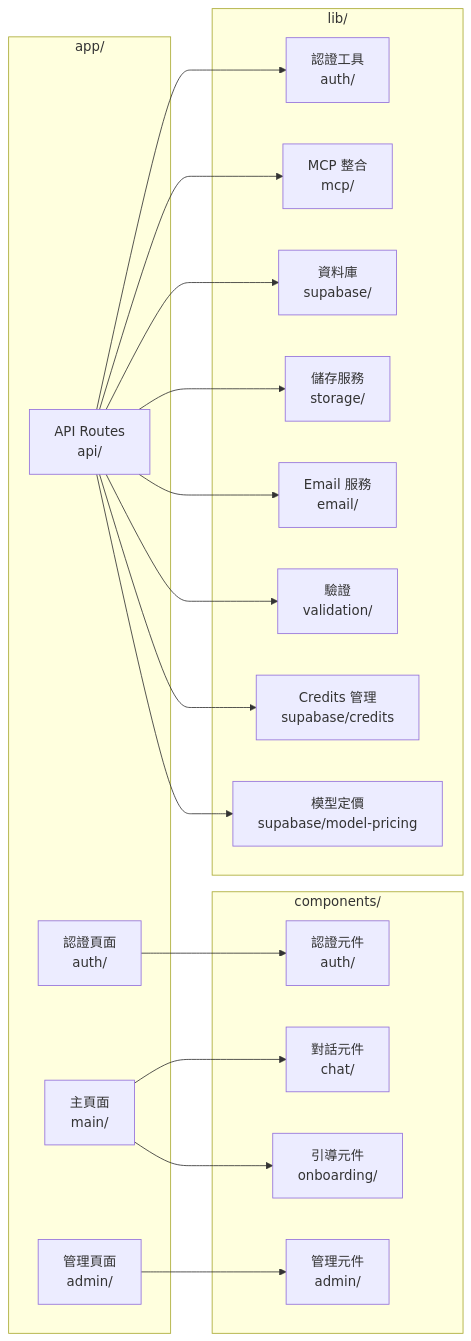
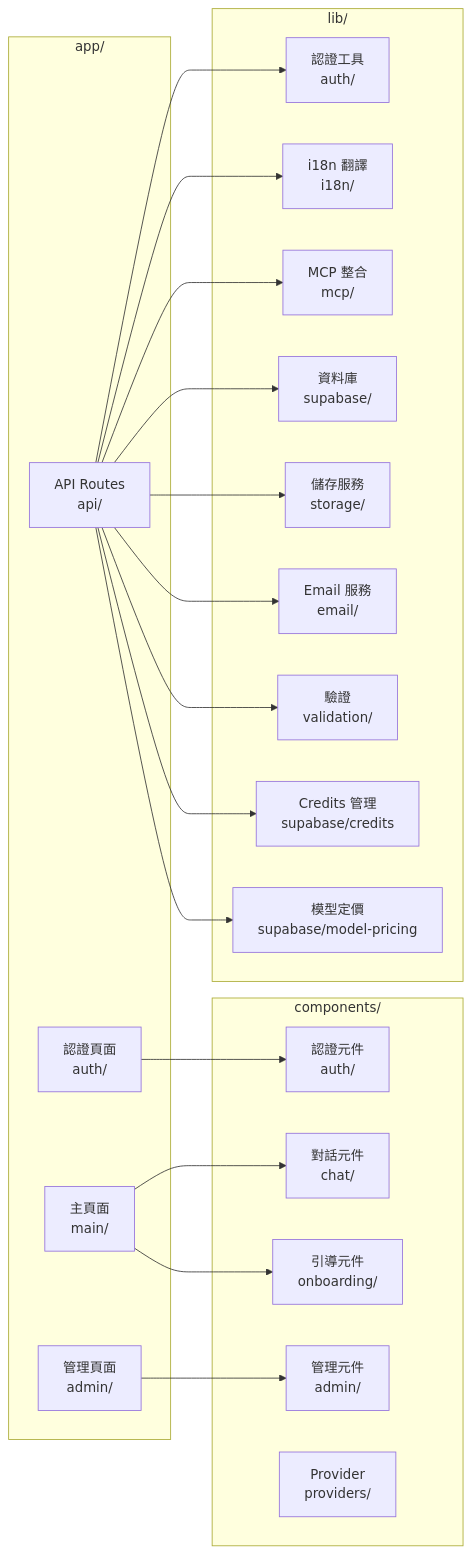
The second of 9 diagrams in Reference documents/ARCHITECTURE.md (qwerboy-design/Health-Care-Assistant), drawn with Mermaid before and after one commit. The commit also changed other lines of this file and 25 other files, not shown here.

````diff
--- a/Reference documents/ARCHITECTURE.md
+++ b/Reference documents/ARCHITECTURE.md
@@ -151,41 +152,44 @@
 ```mermaid
 graph LR
     subgraph "app/"
         A1[認證頁面<br/>auth/]
         A2[主頁面<br/>main/]
         A3[管理頁面<br/>admin/]
         A4[API Routes<br/>api/]
     end
     
     subgraph "components/"
         C1[認證元件<br/>auth/]
         C2[對話元件<br/>chat/]
         C3[引導元件<br/>onboarding/]
         C4[管理元件<br/>admin/]
+        C5[Provider<br/>providers/]
     end
     
     subgraph "lib/"
         L1[認證工具<br/>auth/]
-        L2[MCP 整合<br/>mcp/]
-        L3[資料庫<br/>supabase/]
-        L4[儲存服務<br/>storage/]
-        L5[Email 服務<br/>email/]
-        L6[驗證<br/>validation/]
-        L7[Credits 管理<br/>supabase/credits]
-        L8[模型定價<br/>supabase/model-pricing]
+        L2[i18n 翻譯<br/>i18n/]
+        L3[MCP 整合<br/>mcp/]
+        L4[資料庫<br/>supabase/]
+        L5[儲存服務<br/>storage/]
+        L6[Email 服務<br/>email/]
+        L7[驗證<br/>validation/]
+        L8[Credits 管理<br/>supabase/credits]
+        L9[模型定價<br/>supabase/model-pricing]
     end
     
     A1 --> C1
     A2 --> C2
     A2 --> C3
     A3 --> C4
     
     A4 --> L1
     A4 --> L2
     A4 --> L3
     A4 --> L4
     A4 --> L5
     A4 --> L6
     A4 --> L7
     A4 --> L8
+    A4 --> L9
 ```
````
